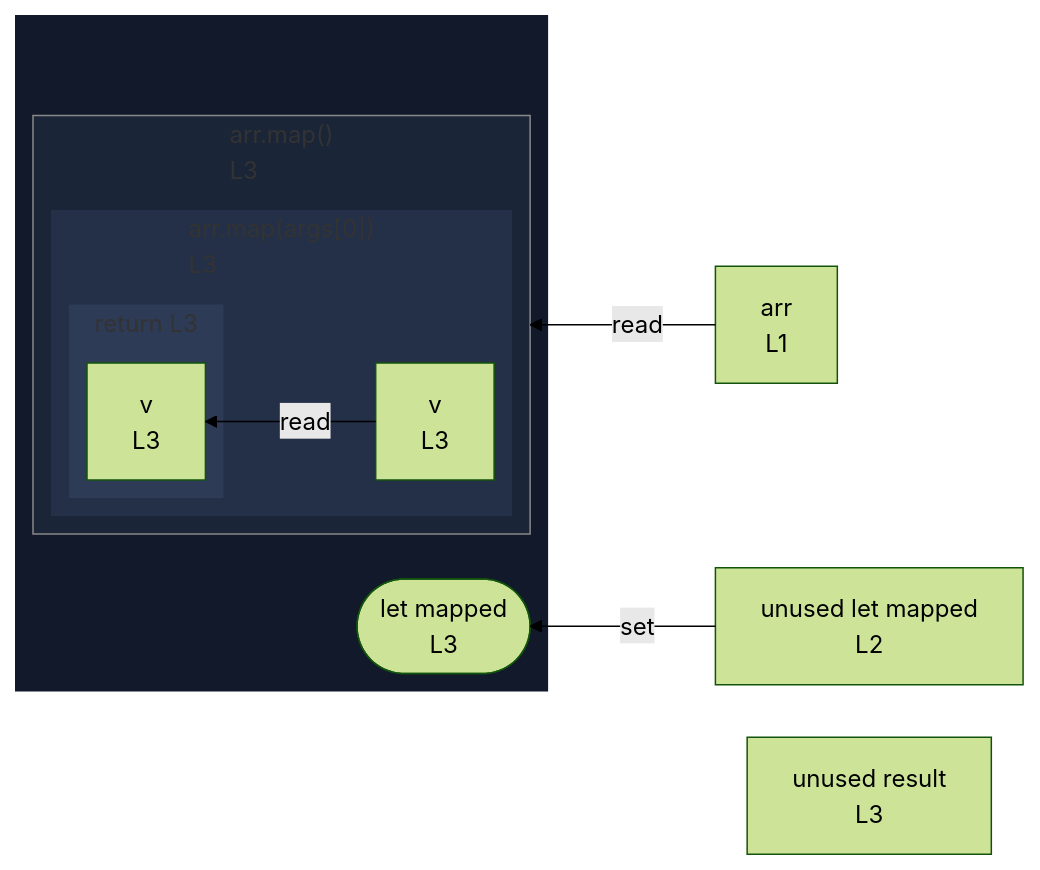
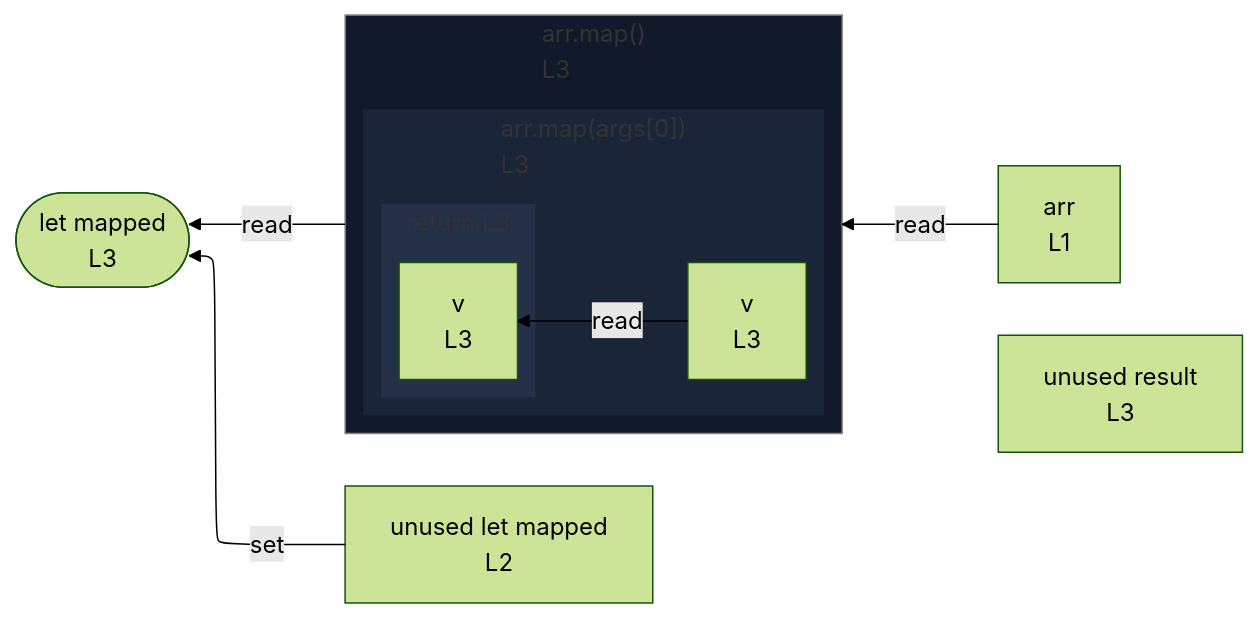
One commit to crescware/unsnarl changed the diagram in integration/fixtures/callback/reassigned-nested/preview.md. Above: the diagram before and after it, drawn with Mermaid (forest theme). The commit also changed 105 other files, not shown here.

````diff
--- a/integration/fixtures/callback/reassigned-nested/preview.md
+++ b/integration/fixtures/callback/reassigned-nested/preview.md
@@ -13,35 +13,31 @@
 ```mermaid
 %%{init: {"flowchart": {"defaultRenderer": "elk"}}}%%
 flowchart RL
   n_scope_0_arr_6["arr<br/>L1"]
   n_scope_0_mapped_27["unused let mapped<br/>L2"]
   n_scope_0_result_47["unused result<br/>L3"]
-  subgraph wrap_call_proxy_66[" "]
-    direction TB
-    wr_ref_3(["let mapped<br/>L3"])
-    subgraph call_proxy_66["arr.map()<br/>L3"]
+  wr_ref_3(["let mapped<br/>L3"])
+  subgraph call_proxy_66["arr.map()<br/>L3"]
+    direction RL
+    subgraph s_scope_1["arr.map(args[0])<br/>L3"]
       direction RL
-      subgraph s_scope_1["arr.map(args[0])<br/>L3"]
+      n_scope_1_v_75["v<br/>L3"]
+      subgraph s_return_scope_1_81_86["return L3"]
         direction RL
-        n_scope_1_v_75["v<br/>L3"]
-        subgraph s_return_scope_1_81_86["return L3"]
-          direction RL
-          ret_use_ref_5["v<br/>L3"]
-        end
+        ret_use_ref_5["v<br/>L3"]
       end
     end
   end
+  call_proxy_66 -->|read| wr_ref_3
   n_scope_0_mapped_27 -->|set| wr_ref_3
   n_scope_0_arr_6 -->|read| call_proxy_66
   n_scope_1_v_75 -->|read| ret_use_ref_5
   classDef nestL1 fill:#11192a,stroke:transparent;
-  class wrap_call_proxy_66 nestL1;
+  class call_proxy_66 nestL1;
   classDef nestL2 fill:#1a2538,stroke:transparent;
-  class call_proxy_66 nestL2;
+  class s_scope_1 nestL2;
   classDef nestL3 fill:#243047,stroke:transparent;
-  class s_scope_1 nestL3;
-  classDef nestL4 fill:#2d3b57,stroke:transparent;
-  class s_return_scope_1_81_86 nestL4;
+  class s_return_scope_1_81_86 nestL3;
   classDef edgeTargetSubgraph stroke:#888;
   class call_proxy_66 edgeTargetSubgraph;
 ```
````
